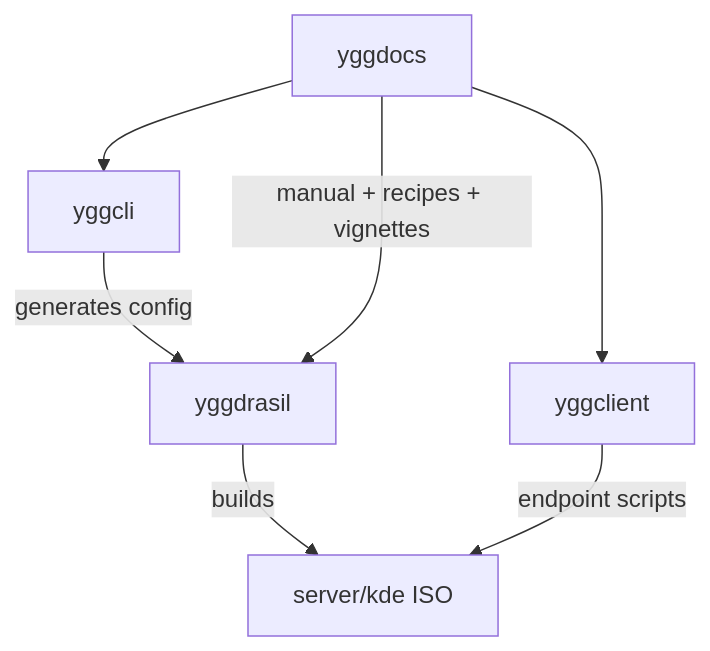
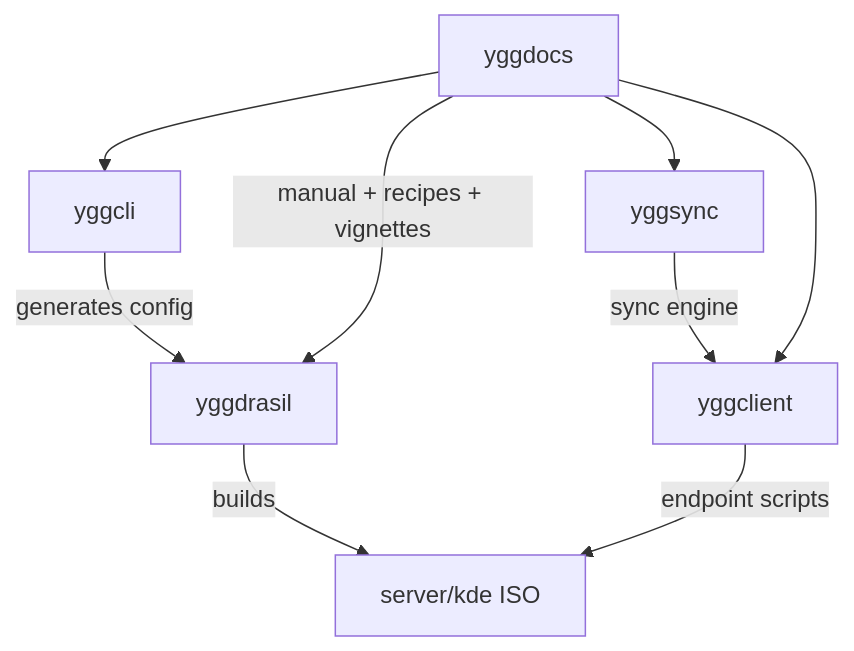
Before and after one commit to yggdrasilhq/yggdocs: the diagram in docs/dev/monorepo-map.md, drawn with Mermaid. The commit also changed 4 other files, not shown here.

````diff
--- a/docs/dev/monorepo-map.md
+++ b/docs/dev/monorepo-map.md
@@ -3,9 +3,11 @@
 ```mermaid
 flowchart TD
   A[yggdrasil] -->|builds| B[server/kde ISO]
   C[yggcli] -->|generates config| A
   D[yggclient] -->|endpoint scripts| B
+  F[yggsync] -->|sync engine| D
   E[yggdocs] -->|manual + recipes + vignettes| A
   E --> C
   E --> D
+  E --> F
 ```
````
